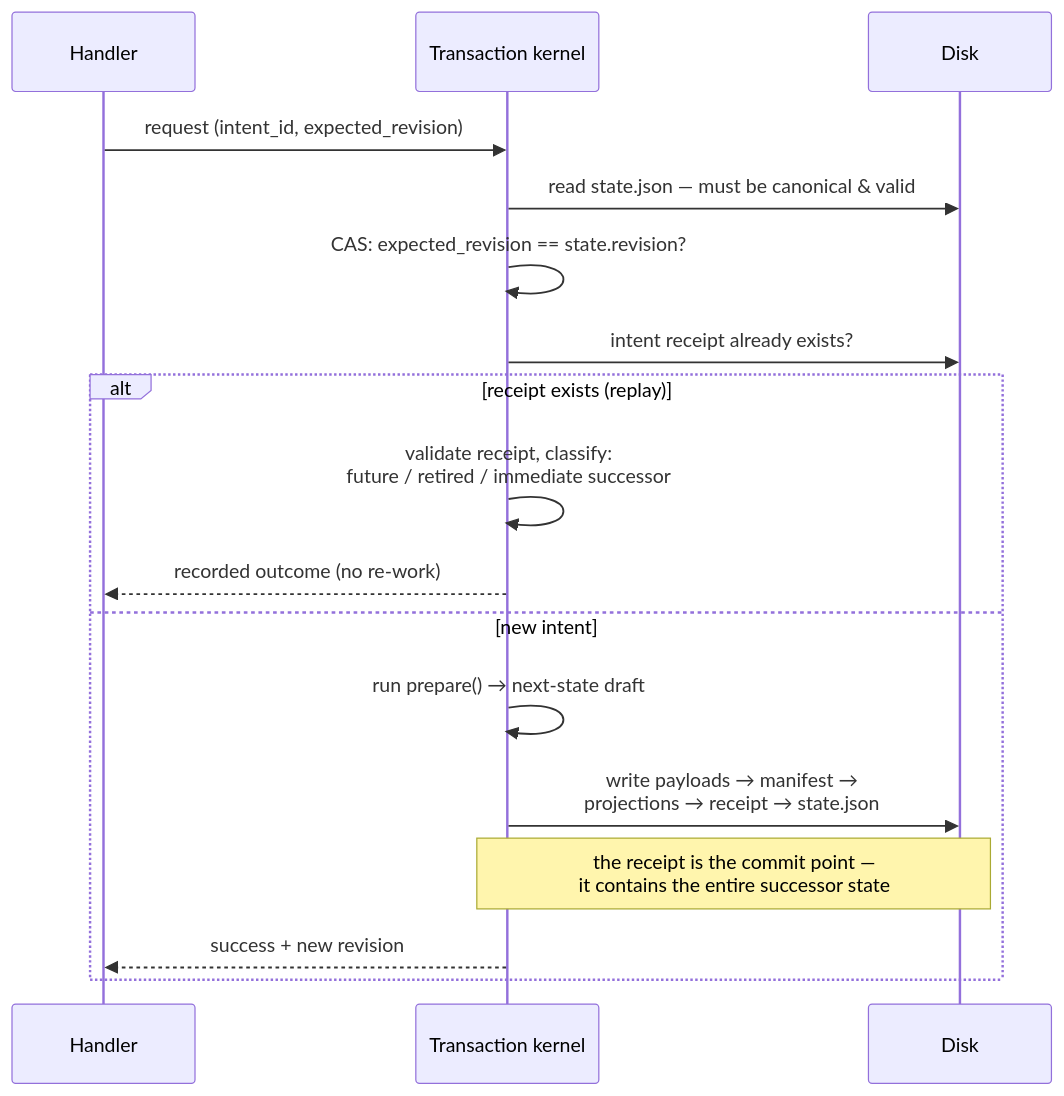
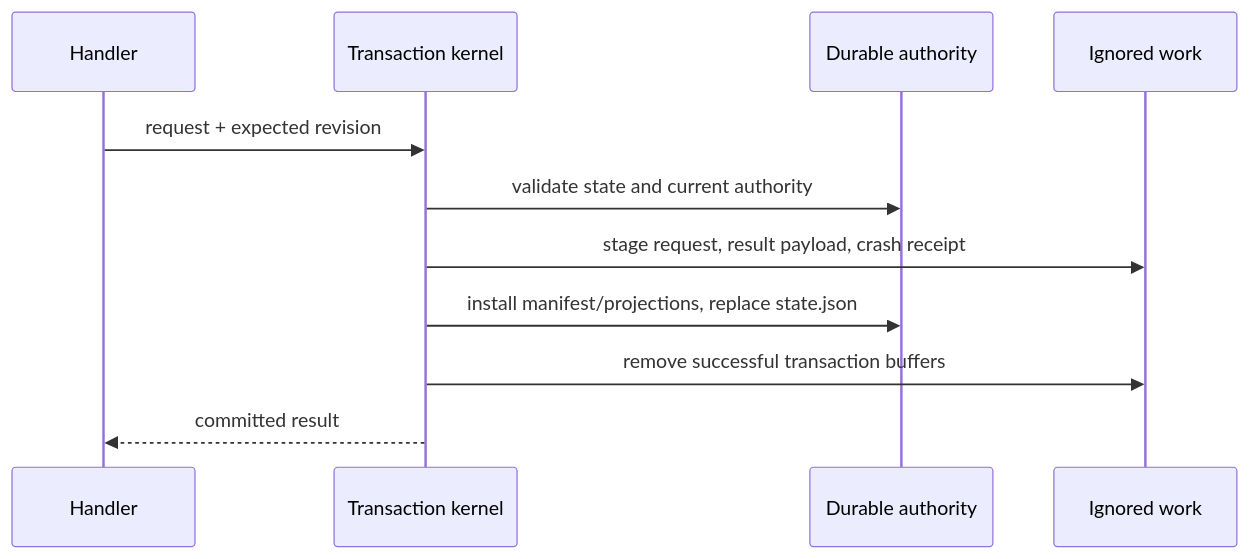
Before and after one commit to Aroton/ArchflowV2: the diagram in docs/state/DURABLE-STATE.md, drawn with Mermaid. The commit also changed other lines of this file and 261 other files, not shown here.

Commit message:
refactor: separate durable authority from workflow data

````diff
--- a/docs/state/DURABLE-STATE.md
+++ b/docs/state/DURABLE-STATE.md
@@ -45,20 +51,13 @@
 ```mermaid
 sequenceDiagram
     participant C as Handler
     participant T as Transaction kernel
-    participant D as Disk
-
-    C->>T: request (intent_id, expected_revision)
-    T->>D: read state.json — must be canonical & valid
-    T->>T: CAS: expected_revision == state.revision?
-    T->>D: intent receipt already exists?
-    alt receipt exists (replay)
-        T->>T: validate receipt, classify:<br/>future / retired / immediate successor
-        T-->>C: recorded outcome (no re-work)
-    else new intent
-        T->>T: run prepare() → next-state draft
-        T->>D: write payloads → manifest →<br/>projections → receipt → state.json
-        Note over T,D: the receipt is the commit point —<br/>it contains the entire successor state
-        T-->>C: success + new revision
-    end
+    participant D as Durable authority
+    participant W as Ignored work
+    C->>T: request + expected revision
+    T->>D: validate state and current authority
+    T->>W: stage request, result payload, crash receipt
+    T->>D: install manifest/projections, replace state.json
+    T->>W: remove successful transaction buffers
+    T-->>C: committed result
 ```
````
